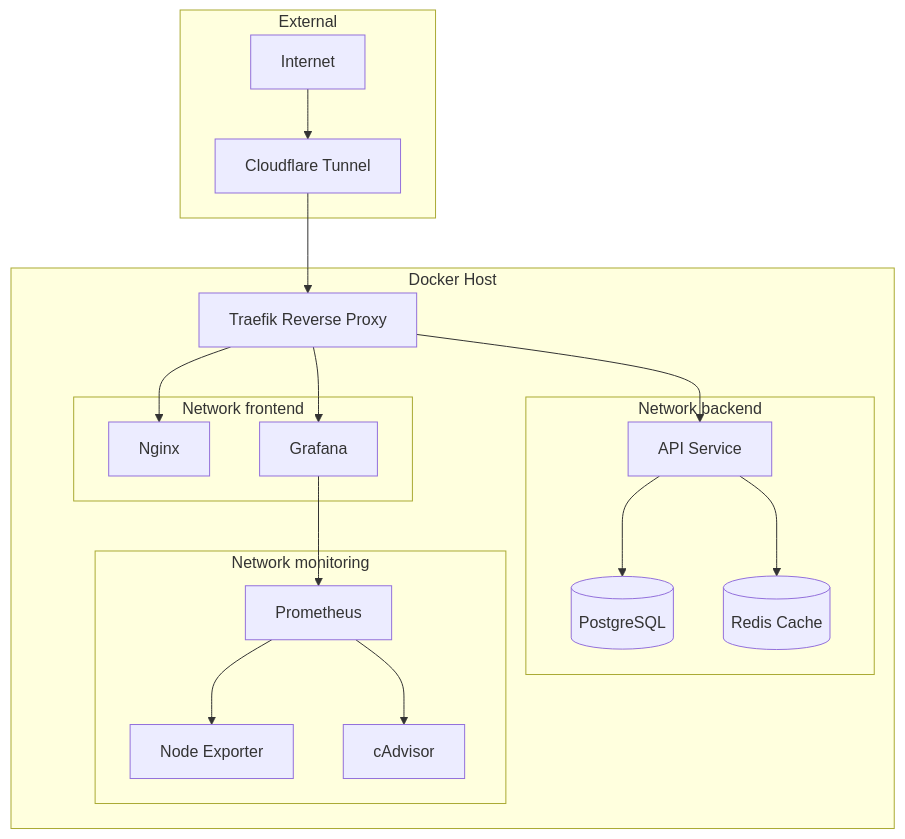
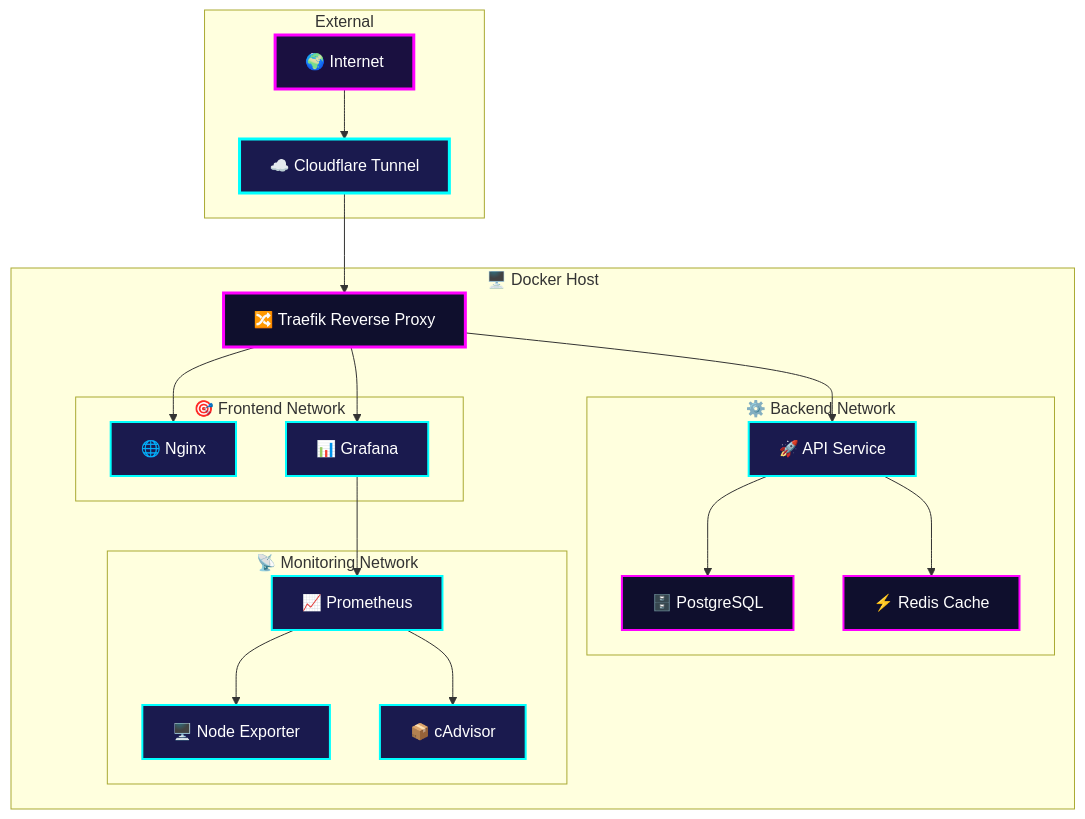
Before and after one commit to ntokozomdluliit-code/Docker-Network-project: the diagram in index.md, drawn with Mermaid. The commit also changed other lines of this file, not shown here.

```diff
--- a/index.md
+++ b/index.md
@@ -10,36 +205,48 @@
 <div class="mermaid">
 graph TB
     subgraph External
-        IN[Internet]
-        CF[Cloudflare Tunnel]
+        IN["🌍 Internet"]
+        CF["☁️ Cloudflare Tunnel"]
     end
     
-    subgraph Docker Host
-        RP[Traefik Reverse Proxy]
-        subgraph Network frontend
-            NG[Nginx]
-            GRAF[Grafana]
+    subgraph "🖥️ Docker Host"
+        RP["🔀 Traefik Reverse Proxy"]
+        subgraph "🎯 Frontend Network"
+            NG["🌐 Nginx"]
+            GRAF["📊 Grafana"]
         end
-        subgraph Network backend
-            API[API Service]
-            DB[(PostgreSQL)]
-            REDIS[(Redis Cache)]
+        subgraph "⚙️ Backend Network"
+            API["🚀 API Service"]
+            DB["🗄️ PostgreSQL"]
+            REDIS["⚡ Redis Cache"]
         end
-        subgraph Network monitoring
-            PROM[Prometheus]
-            NODE[Node Exporter]
-            CADV[cAdvisor]
+        subgraph "📡 Monitoring Network"
+            PROM["📈 Prometheus"]
+            NODE["🖥️ Node Exporter"]
+            CADV["📦 cAdvisor"]
         end
     end
     
     IN --> CF
     CF --> RP
     RP --> NG
     RP --> API
     RP --> GRAF
     API --> DB
     API --> REDIS
     PROM --> NODE
     PROM --> CADV
     GRAF --> PROM
+    
+    style IN fill:#1a1040,stroke:#ff00ff,stroke-width:3px,color:#fff
+    style CF fill:#1a1a4e,stroke:#00ffff,stroke-width:3px,color:#fff
+    style RP fill:#0f0f2d,stroke:#ff00ff,stroke-width:3px,color:#fff
+    style NG fill:#1a1a4e,stroke:#00ffff,stroke-width:2px,color:#fff
+    style GRAF fill:#1a1a4e,stroke:#00ffff,stroke-width:2px,color:#fff
+    style API fill:#1a1a4e,stroke:#00ffff,stroke-width:2px,color:#fff
+    style DB fill:#0f0f2d,stroke:#ff00ff,stroke-width:2px,color:#fff
+    style REDIS fill:#0f0f2d,stroke:#ff00ff,stroke-width:2px,color:#fff
+    style PROM fill:#1a1a4e,stroke:#00ffff,stroke-width:2px,color:#fff
+    style NODE fill:#1a1a4e,stroke:#00ffff,stroke-width:2px,color:#fff
+    style CADV fill:#1a1a4e,stroke:#00ffff,stroke-width:2px,color:#fff
 </div>
```
